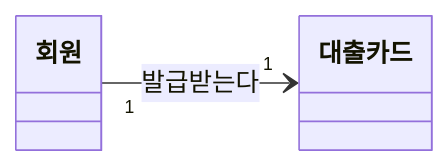
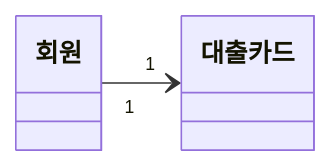
Before and after one commit to Dori-Develop/EIPStudy: the seventh of 30 diagrams in content/ch01.md, drawn with Mermaid. The commit also changed other lines of this file and 4 other files, not shown here.

````diff
--- a/content/ch01.md
+++ b/content/ch01.md
@@ -537,5 +537,5 @@
 ```mermaid
 classDiagram
     direction LR
-    회원 "1" --> "1" 대출카드 : 발급받는다
+    회원 "1" --> "1" 대출카드
 ```
````
